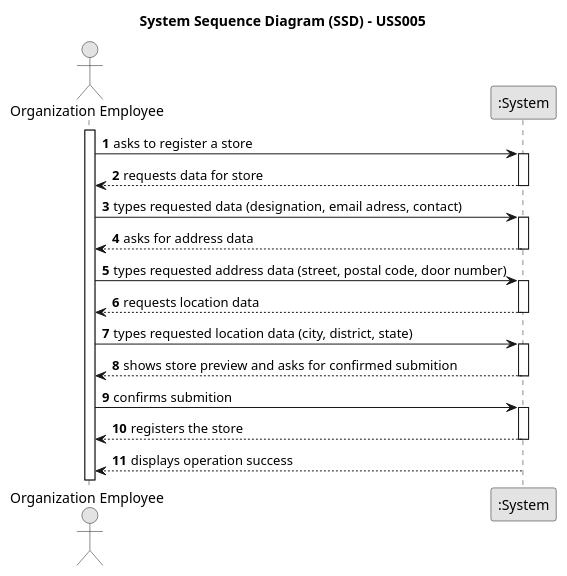
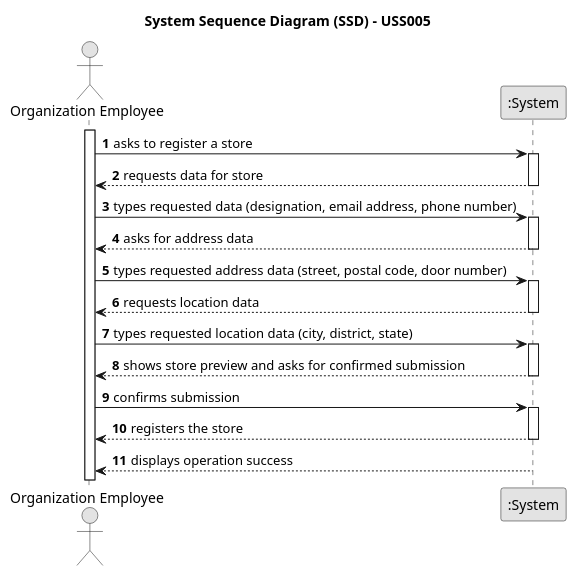
Before and after one commit to 1220812/LAPR2: the diagram in docs/sprintD/us005/01.requirements-engineering/puml/us005-system-sequence-diagram-alternative-one.svg.puml, drawn with PlantUML. The commit also changed 10 other files, not shown here.

Commit message:
US012- Corrected mistakes in class diagram and domain model. US005- Fixed the domain model and system sequence diagram

```diff
--- a/docs/sprintD/us005/01.requirements-engineering/puml/us005-system-sequence-diagram-alternative-one.svg.puml
+++ b/docs/sprintD/us005/01.requirements-engineering/puml/us005-system-sequence-diagram-alternative-one.svg.puml
@@ -1,48 +1,48 @@
 @startuml
 skinparam monochrome true
 skinparam packageStyle rectangle
 skinparam shadowing false
 
 title System Sequence Diagram (SSD) - USS005
 
 autonumber
 
 actor "Organization Employee" as Employee
 participant ":System" as System
 
 activate Employee
 
     Employee -> System : asks to register a store
     activate System
 
         System --> Employee : requests data for store
     deactivate System
 
-    Employee -> System : types requested data (designation, email adress, contact)
+    Employee -> System : types requested data (designation, email address, phone number)
     activate System
 
         System --> Employee : asks for address data
     deactivate System
 
     Employee -> System: types requested address data (street, postal code, door number)
     activate System
 
         System --> Employee : requests location data
     deactivate System
 
     Employee -> System : types requested location data (city, district, state)
     activate System
 
-        System --> Employee : shows store preview and asks for confirmed submition
+        System --> Employee : shows store preview and asks for confirmed submission
     deactivate System
 
-    Employee -> System : confirms submition
+    Employee -> System : confirms submission
     activate System
 
         System --> Employee : registers the store
     deactivate System
 
         System --> Employee : displays operation success
     deactivate System
 
 @enduml
```
